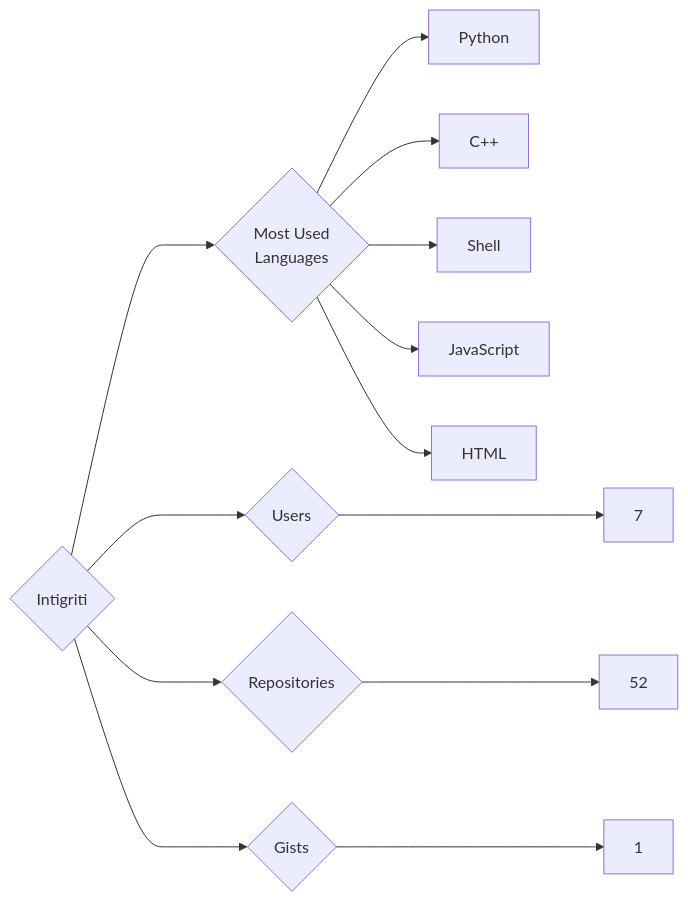
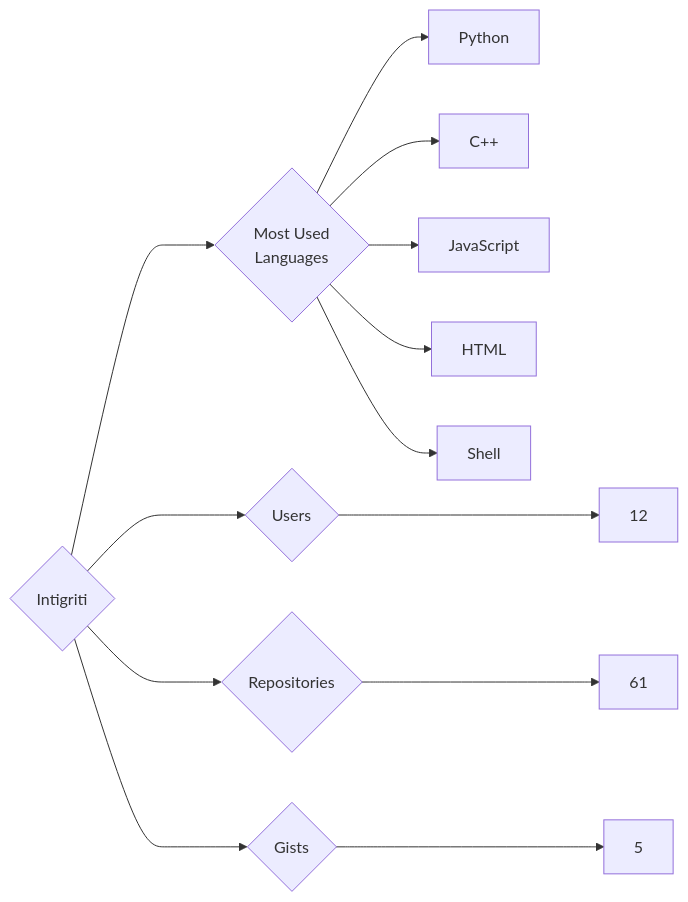
One commit to trickest/insiders changed the diagram in targets/Intigriti/README.md. Above: the diagram before and after it, drawn with Mermaid. The commit also changed 927 other files, not shown here.

````diff
--- a/targets/Intigriti/README.md
+++ b/targets/Intigriti/README.md
@@ -3,13 +3,13 @@
 ```mermaid
 graph LR
 COMPANY_NAME{Intigriti}
-COMPANY_NAME ---> U{Users} ---> UN[7]
-COMPANY_NAME ---> R{Repositories} ---> RN[52]
-COMPANY_NAME ---> G{Gists} ---> GN[1]
+COMPANY_NAME ---> U{Users} ---> UN[12]
+COMPANY_NAME ---> R{Repositories} ---> RN[61]
+COMPANY_NAME ---> G{Gists} ---> GN[5]
 COMPANY_NAME ---> ML{Most Used<br>Languages}
 ML --> Python[Python]
 ML --> C++[C++]
-ML --> Shell[Shell]
 ML --> JavaScript[JavaScript]
 ML --> HTML[HTML]
+ML --> Shell[Shell]
 ```
````
